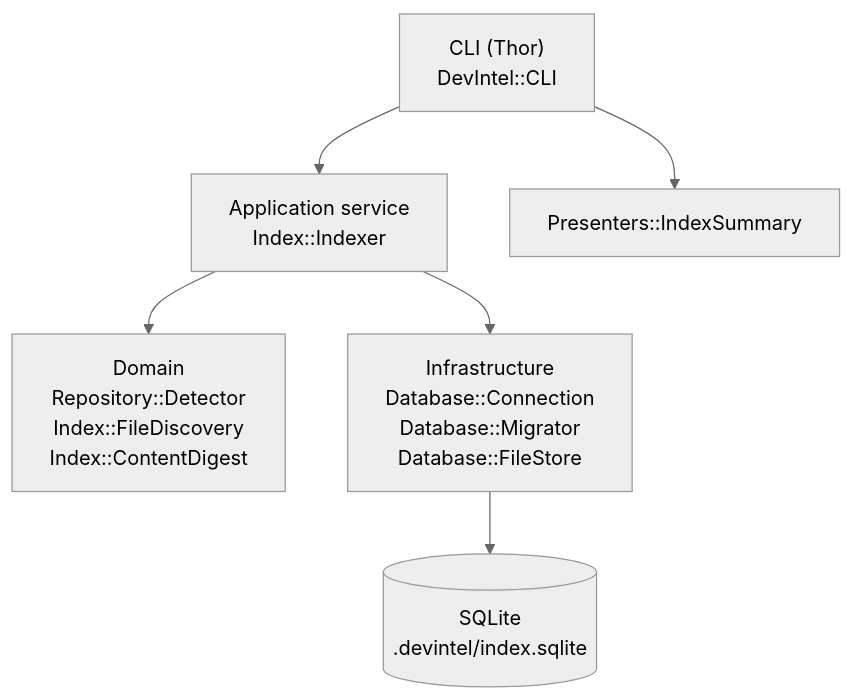
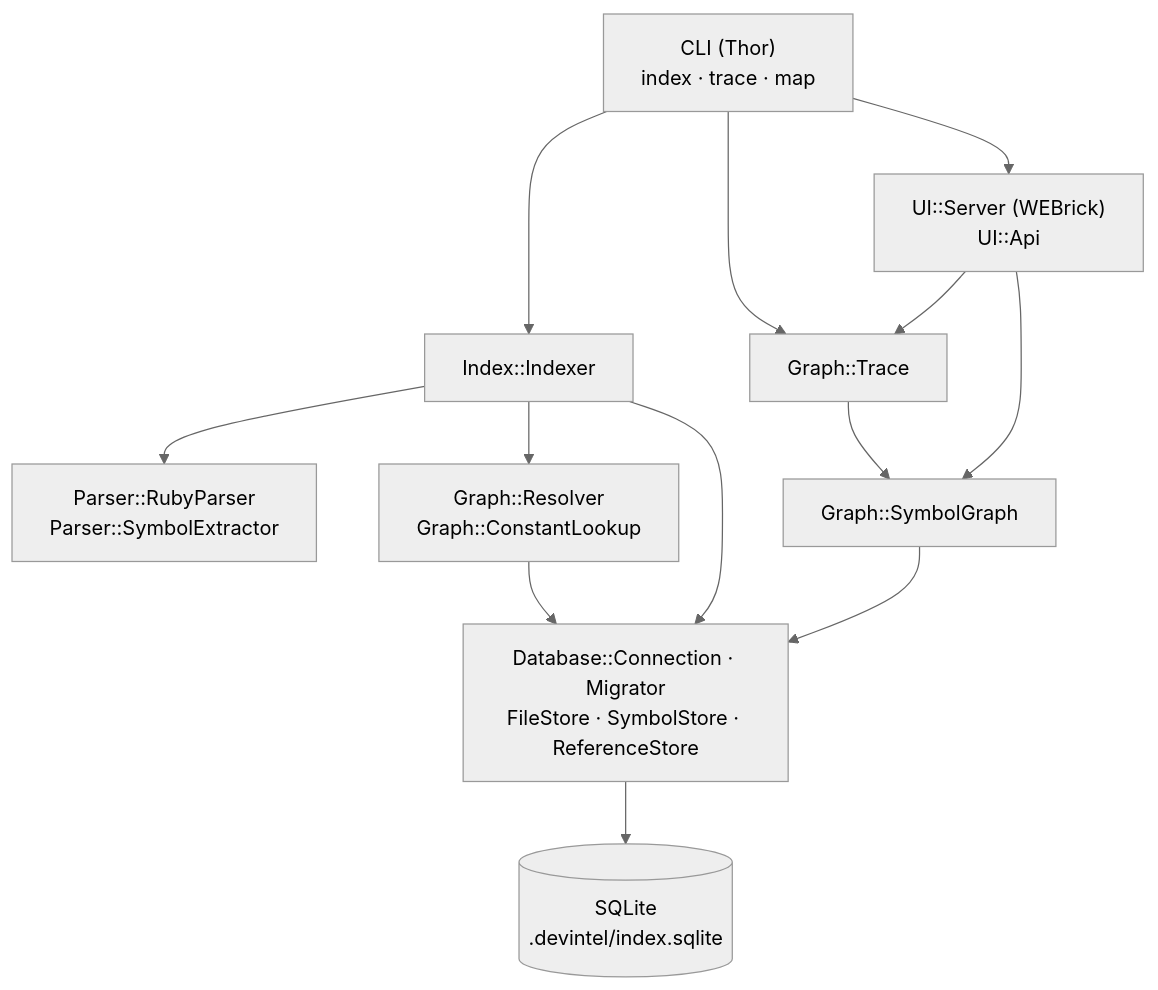
The first of 3 diagrams in README.md (bluerisss/devintel), drawn with Mermaid (neutral theme) before and after one commit. The commit also changed other lines of this file and 31 other files, not shown here.

````diff
--- a/README.md
+++ b/README.md
@@ -145,9 +222,16 @@
 ```mermaid
 flowchart TD
-    CLI["CLI (Thor)<br/>DevIntel::CLI"] --> SVC
-    CLI --> PRES["Presenters::IndexSummary"]
-    SVC["Application service<br/>Index::Indexer"] --> DOM
-    SVC --> INFRA
-    DOM["Domain<br/>Repository::Detector<br/>Index::FileDiscovery<br/>Index::ContentDigest"]
-    INFRA["Infrastructure<br/>Database::Connection<br/>Database::Migrator<br/>Database::FileStore"] --> DB[("SQLite<br/>.devintel/index.sqlite")]
+    CLI["CLI (Thor)<br/>index · trace · map"] --> IDX
+    CLI --> TRACE
+    CLI --> UI
+    UI["UI::Server (WEBrick)<br/>UI::Api"] --> TRACE
+    UI --> GRAPH
+    IDX["Index::Indexer"] --> PARSE
+    IDX --> RESOLVE
+    IDX --> INFRA
+    TRACE["Graph::Trace"] --> GRAPH
+    PARSE["Parser::RubyParser<br/>Parser::SymbolExtractor"]
+    RESOLVE["Graph::Resolver<br/>Graph::ConstantLookup"] --> INFRA
+    GRAPH["Graph::SymbolGraph"] --> INFRA
+    INFRA["Database::Connection · Migrator<br/>FileStore · SymbolStore · ReferenceStore"] --> DB[("SQLite<br/>.devintel/index.sqlite")]
 ```
````
